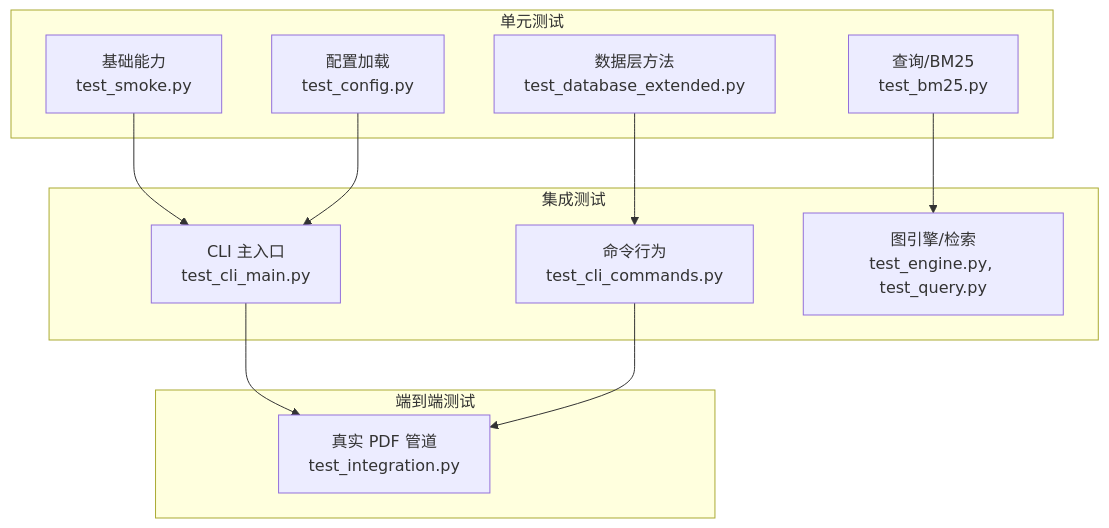
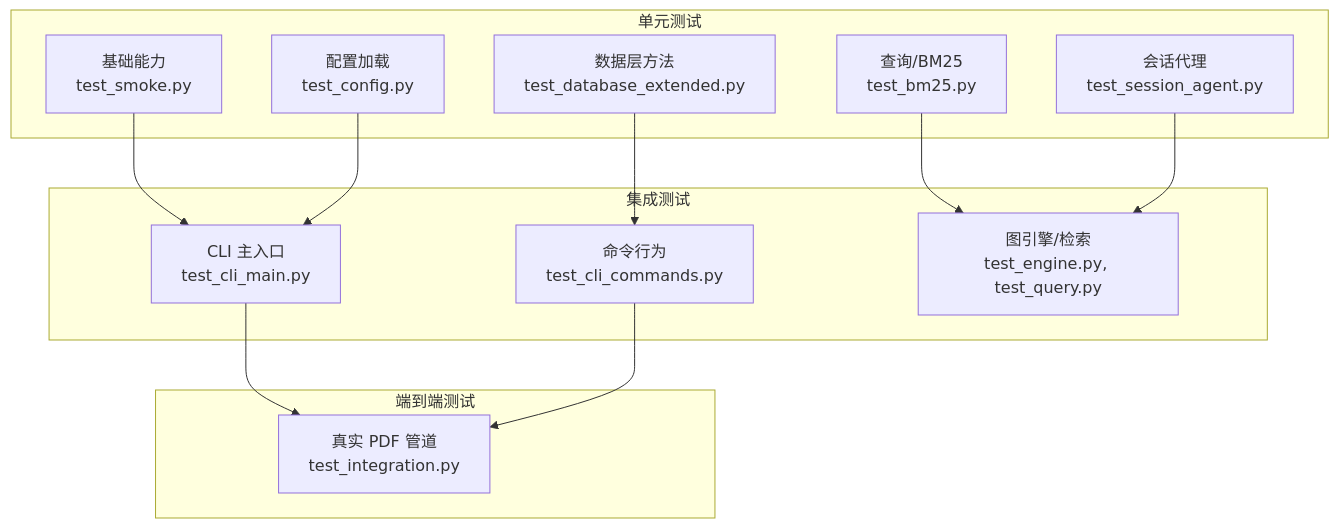
Before and after one commit to UynajGI/drbrain: the second of 8 diagrams in .qoder/repowiki/zh/content/开发指南/测试策略.md, drawn with Mermaid. The commit also changed other lines of this file and 6 other files, not shown here.

````diff
--- a/.qoder/repowiki/zh/content/开发指南/测试策略.md
+++ b/.qoder/repowiki/zh/content/开发指南/测试策略.md
@@ -78,23 +94,25 @@
 ```mermaid
 graph TB
 subgraph "单元测试"
 U1["基础能力<br/>test_smoke.py"]
 U2["配置加载<br/>test_config.py"]
 U3["数据层方法<br/>test_database_extended.py"]
 U4["查询/BM25<br/>test_bm25.py"]
+U5["会话代理<br/>test_session_agent.py"]
 end
 subgraph "集成测试"
 I1["CLI 主入口<br/>test_cli_main.py"]
 I2["命令行为<br/>test_cli_commands.py"]
 I3["图引擎/检索<br/>test_engine.py, test_query.py"]
 end
 subgraph "端到端测试"
 E1["真实 PDF 管道<br/>test_integration.py"]
 end
 U1 --> I1
 U2 --> I1
 U3 --> I2
 U4 --> I3
+U5 --> I3
 I1 --> E1
 I2 --> E1
 ```
````
